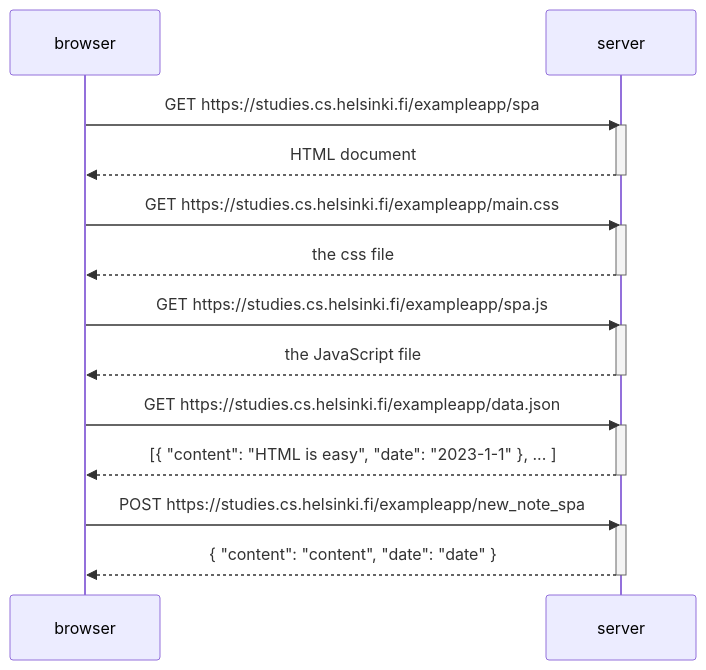
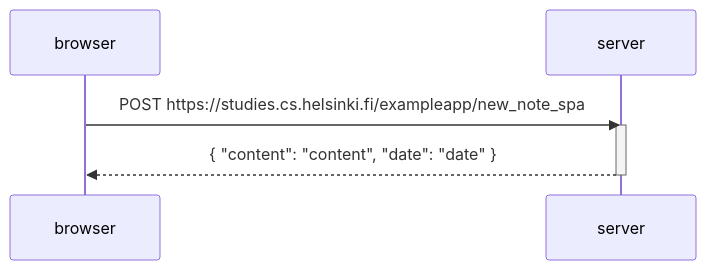
The diagram in part0/Exercise 0.6.md (Eksezis/FullStackOpen-Zuraw), drawn with Mermaid before and after one commit.

Commit message:
Update Exercise 0.6.md

````diff
--- a/part0/Exercise 0.6.md
+++ b/part0/Exercise 0.6.md
@@ -1,30 +1,9 @@
 ```mermaid
 sequenceDiagram
     participant browser
     participant server
-
-    browser->>server: GET https://studies.cs.helsinki.fi/exampleapp/spa
-    activate server
-    server-->>browser: HTML document
-    deactivate server
-
-    browser->>server: GET https://studies.cs.helsinki.fi/exampleapp/main.css
-    activate server
-    server-->>browser: the css file
-    deactivate server
-
-    browser->>server: GET https://studies.cs.helsinki.fi/exampleapp/spa.js
-    activate server
-    server-->>browser: the JavaScript file
-    deactivate server
-
-    browser->>server: GET https://studies.cs.helsinki.fi/exampleapp/data.json
-    activate server
-    server-->>browser: [{ "content": "HTML is easy", "date": "2023-1-1" }, ... ]
-    deactivate server
-    
     browser->>server: POST https://studies.cs.helsinki.fi/exampleapp/new_note_spa
     activate server
     server -->>browser: { "content": "content", "date": "date" }
     deactivate server
 ```
````
